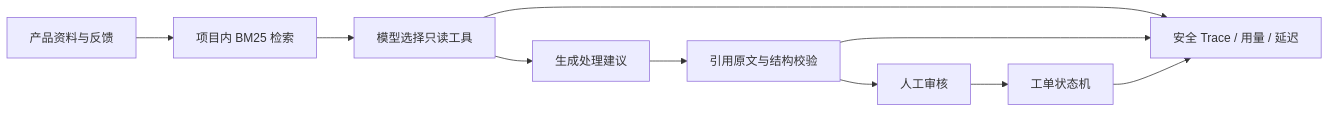
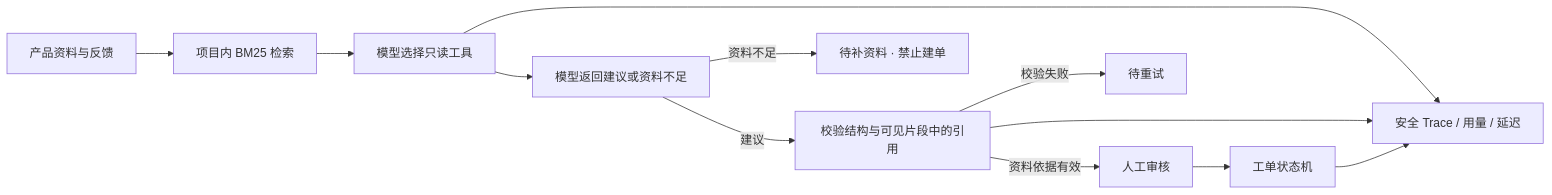
The diagram in README.md (abalika/signal-ai-feedback-platform), drawn with Mermaid before and after one commit. The commit also changed other lines of this file and 24 other files, not shown here.

````diff
--- a/README.md
+++ b/README.md
@@ -33,12 +35,14 @@
 ```mermaid
 flowchart LR
     A[产品资料与反馈] --> B[项目内 BM25 检索]
     B --> C[模型选择只读工具]
-    C --> D[生成处理建议]
-    D --> E[引用原文与结构校验]
-    E --> F[人工审核]
+    C --> D[模型返回建议或资料不足]
+    D -->|建议| E[校验结构与可见片段中的引用]
+    D -->|资料不足| I[待补资料 · 禁止建单]
+    E -->|资料依据有效| F[人工审核]
+    E -->|校验失败| J[待重试]
     F --> G[工单状态机]
     C --> H[安全 Trace / 用量 / 延迟]
     E --> H
     G --> H
 ```
````
